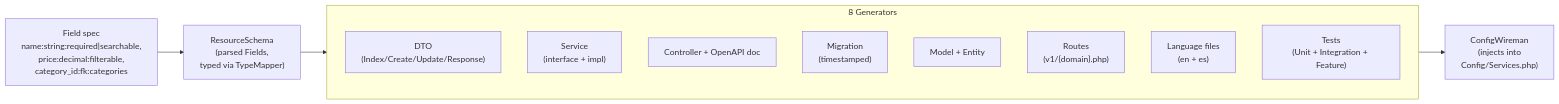
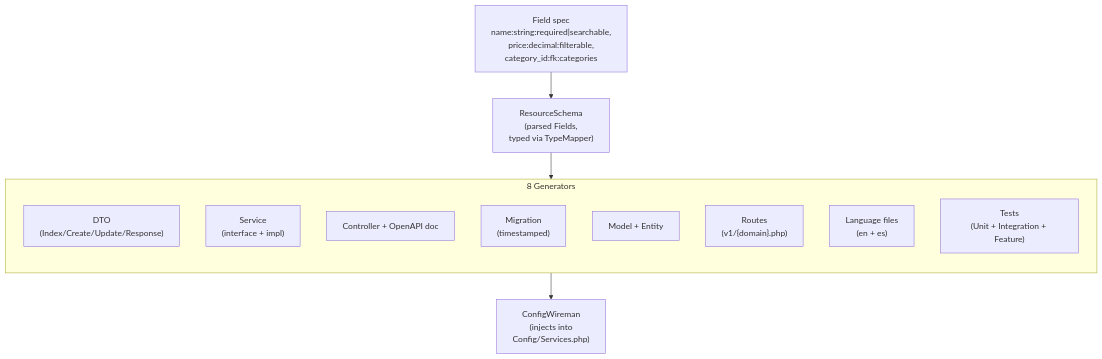
One commit to dcardenasl/ci4-api-core changed the diagram in README.md. Above: the diagram before and after it, drawn with Mermaid. The commit also changed other lines of this file and 9 other files, not shown here.

````diff
--- a/README.md
+++ b/README.md
@@ -61,21 +60,21 @@
 ```mermaid
-flowchart LR
+flowchart TB
     Input["Field spec<br/>name:string:required|searchable,<br/>price:decimal:filterable,<br/>category_id:fk:categories"]
     Schema["ResourceSchema<br/>(parsed Fields,<br/>typed via TypeMapper)"]
 
     subgraph Generators["8 Generators"]
         direction TB
         DTO["DTO<br/>(Index/Create/Update/Response)"]
         Service["Service<br/>(interface + impl)"]
         Controller["Controller + OpenAPI doc"]
         Migration["Migration<br/>(timestamped)"]
         Model["Model + Entity"]
         Routes["Routes<br/>(v1/{domain}.php)"]
         Lang["Language files<br/>(en + es)"]
         Tests["Tests<br/>(Unit + Integration + Feature)"]
     end
 
     Wiring["ConfigWireman<br/>(injects into<br/>Config/Services.php)"]
 
     Input --> Schema --> Generators --> Wiring
 ```
````
